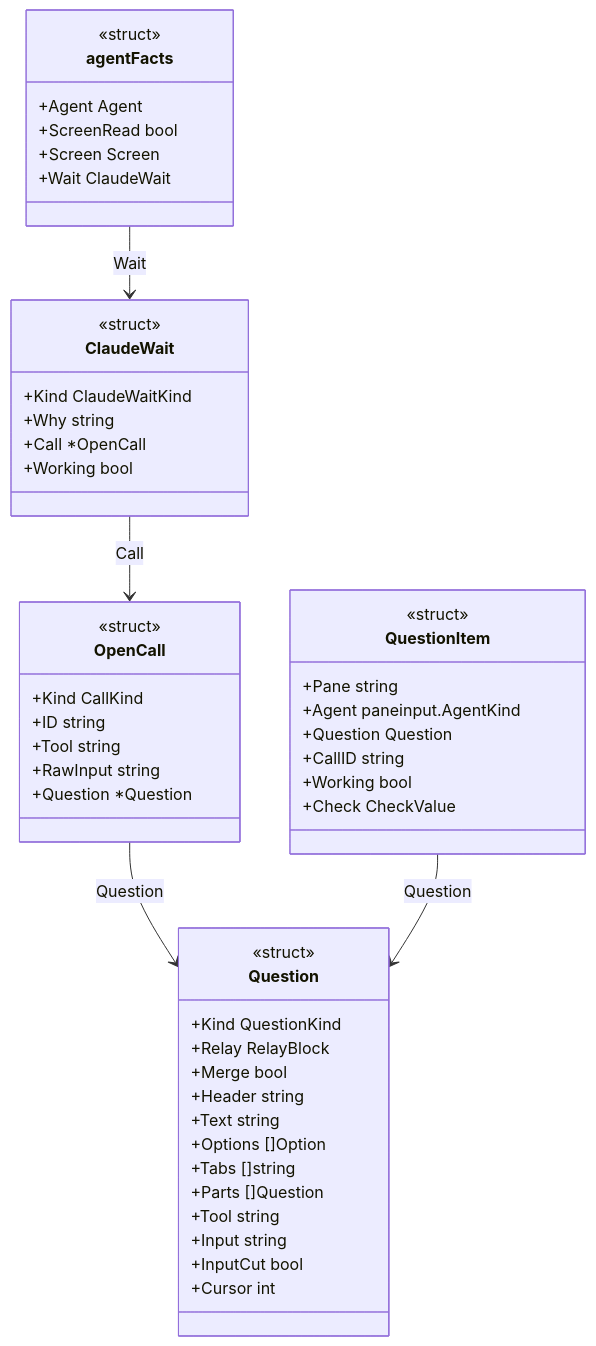
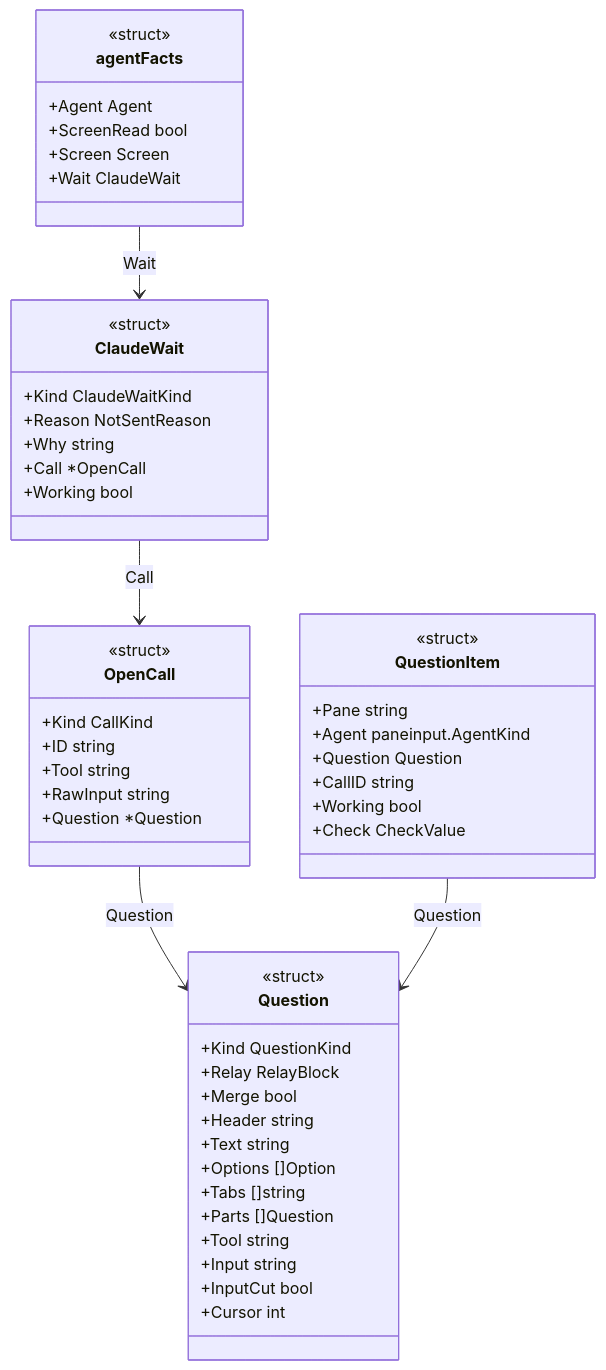
One commit to isseis/yt2column changed the fourth of 7 diagrams in docs/tasks/0096_chief_question_transcript/02_architecture.md. Above: the diagram before and after it, drawn with Mermaid. The commit also changed other lines of this file and 1 other file, not shown here.

````diff
--- a/docs/tasks/0096_chief_question_transcript/02_architecture.md
+++ b/docs/tasks/0096_chief_question_transcript/02_architecture.md
@@ -207,53 +207,54 @@
 ```mermaid
 classDiagram
     class OpenCall {
         <<struct>>
         +Kind CallKind
         +ID string
         +Tool string
         +RawInput string
         +Question *Question
     }
     class ClaudeWait {
         <<struct>>
         +Kind ClaudeWaitKind
+        +Reason NotSentReason
         +Why string
         +Call *OpenCall
         +Working bool
     }
     class Question {
         <<struct>>
         +Kind QuestionKind
         +Relay RelayBlock
         +Merge bool
         +Header string
         +Text string
         +Options []Option
         +Tabs []string
         +Parts []Question
         +Tool string
         +Input string
         +InputCut bool
         +Cursor int
     }
     class QuestionItem {
         <<struct>>
         +Pane string
         +Agent paneinput.AgentKind
         +Question Question
         +CallID string
         +Working bool
         +Check CheckValue
     }
     class agentFacts {
         <<struct>>
         +Agent Agent
         +ScreenRead bool
         +Screen Screen
         +Wait ClaudeWait
     }
     ClaudeWait --> OpenCall : Call
     OpenCall --> Question : Question
     QuestionItem --> Question : Question
     agentFacts --> ClaudeWait : Wait
 ```
````
